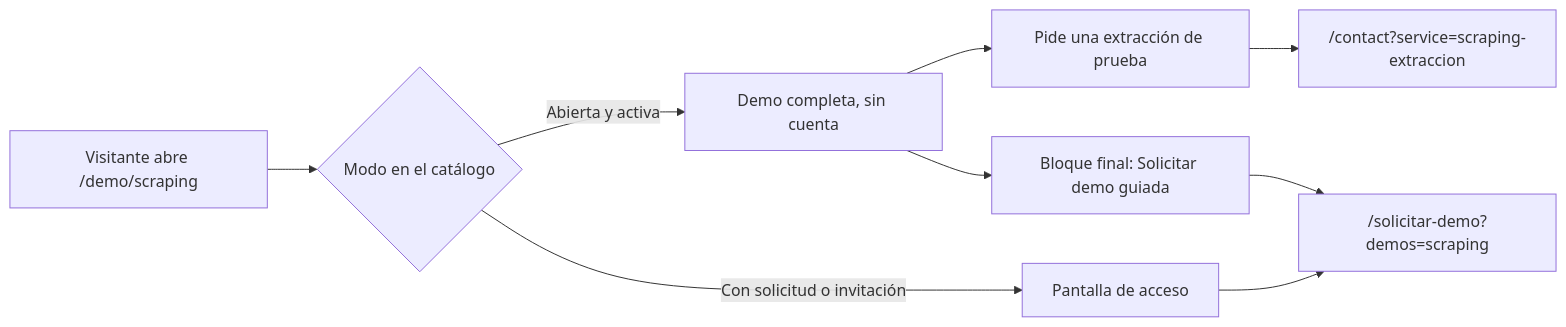
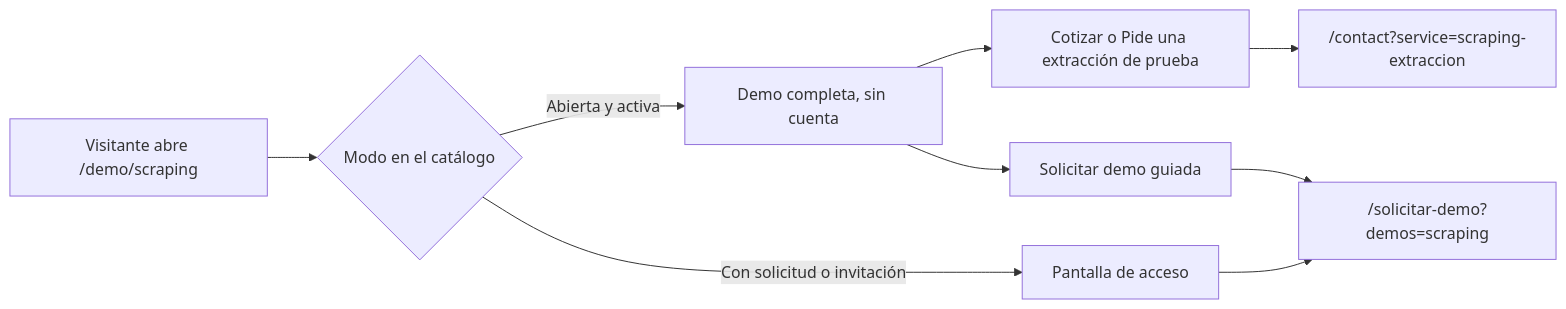
One commit to ronalc90/koptup changed the second of 2 diagrams in docs/wiki/Guia-Demo-scraping.md. Above: the diagram before and after it, drawn with Mermaid. The commit also changed other lines of this file and 36 other files, not shown here.

````diff
--- a/docs/wiki/Guia-Demo-scraping.md
+++ b/docs/wiki/Guia-Demo-scraping.md
@@ -302,11 +314,11 @@
 ```mermaid
 flowchart LR
     V["Visitante abre /demo/scraping"] --> C{"Modo en el catálogo"}
     C -- "Abierta y activa" --> D["Demo completa, sin cuenta"]
     C -- "Con solicitud o invitación" --> P["Pantalla de acceso"]
     P --> F["/solicitar-demo?demos=scraping"]
-    D --> T["Pide una extracción de prueba"]
+    D --> T["Cotizar o Pide una extracción de prueba"]
     T --> K["/contact?service=scraping-extraccion"]
-    D --> G["Bloque final: Solicitar demo guiada"]
+    D --> G["Solicitar demo guiada"]
     G --> F
 ```
````
